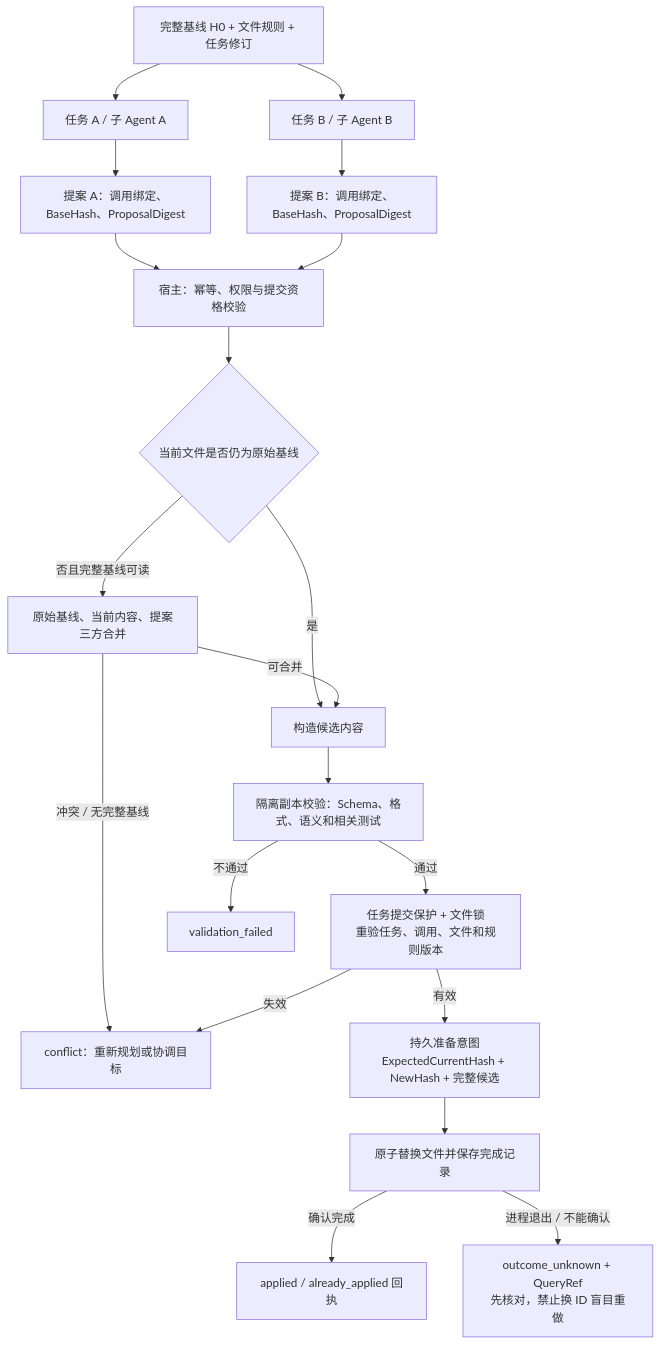
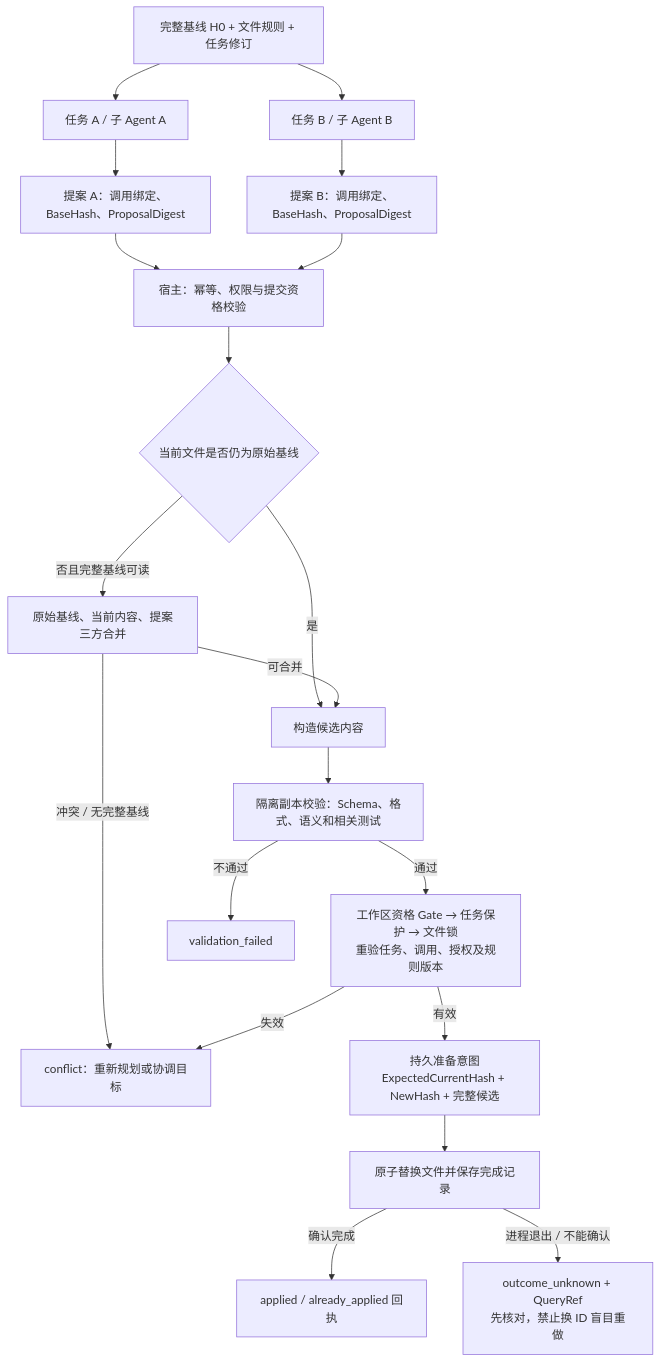
One commit to kart-io/goagent-examples changed the second of 2 diagrams in docs/research/2026-11-01-multi-agent-context.md. Above: the diagram before and after it, drawn with Mermaid. The commit also changed other lines of this file and 2 other files, not shown here.

````diff
--- a/docs/research/2026-11-01-multi-agent-context.md
+++ b/docs/research/2026-11-01-multi-agent-context.md
@@ -390,22 +400,22 @@
 ```mermaid
 flowchart TD
   FILE["完整基线 H0 + 文件规则 + 任务修订"] --> A["任务 A / 子 Agent A"]
   FILE --> B["任务 B / 子 Agent B"]
   A --> PA["提案 A：调用绑定、BaseHash、ProposalDigest"]
   B --> PB["提案 B：调用绑定、BaseHash、ProposalDigest"]
   PA --> HOST["宿主：幂等、权限与提交资格校验"]
   PB --> HOST
   HOST --> VERSION{"当前文件是否仍为原始基线"}
   VERSION -->|"是"| CANDIDATE["构造候选内容"]
   VERSION -->|"否且完整基线可读"| MERGE["原始基线、当前内容、提案三方合并"]
   MERGE -->|"可合并"| CANDIDATE
   MERGE -->|"冲突 / 无完整基线"| CONFLICT["conflict：重新规划或协调目标"]
   CANDIDATE --> VALIDATE["隔离副本校验：Schema、格式、语义和相关测试"]
-  VALIDATE -->|"通过"| GUARD["任务提交保护 + 文件锁<br/>重验任务、调用、文件和规则版本"]
+  VALIDATE -->|"通过"| GUARD["工作区资格 Gate → 任务保护 → 文件锁<br/>重验任务、调用、授权及规则版本"]
   VALIDATE -->|"不通过"| INVALID["validation_failed"]
   GUARD -->|"失效"| CONFLICT
   GUARD -->|"有效"| PREPARE["持久准备意图<br/>ExpectedCurrentHash + NewHash + 完整候选"]
   PREPARE --> WRITE["原子替换文件并保存完成记录"]
   WRITE -->|"确认完成"| RECEIPT["applied / already_applied 回执"]
   WRITE -->|"进程退出 / 不能确认"| UNKNOWN["outcome_unknown + QueryRef<br/>先核对，禁止换 ID 盲目重做"]
 ```
````
